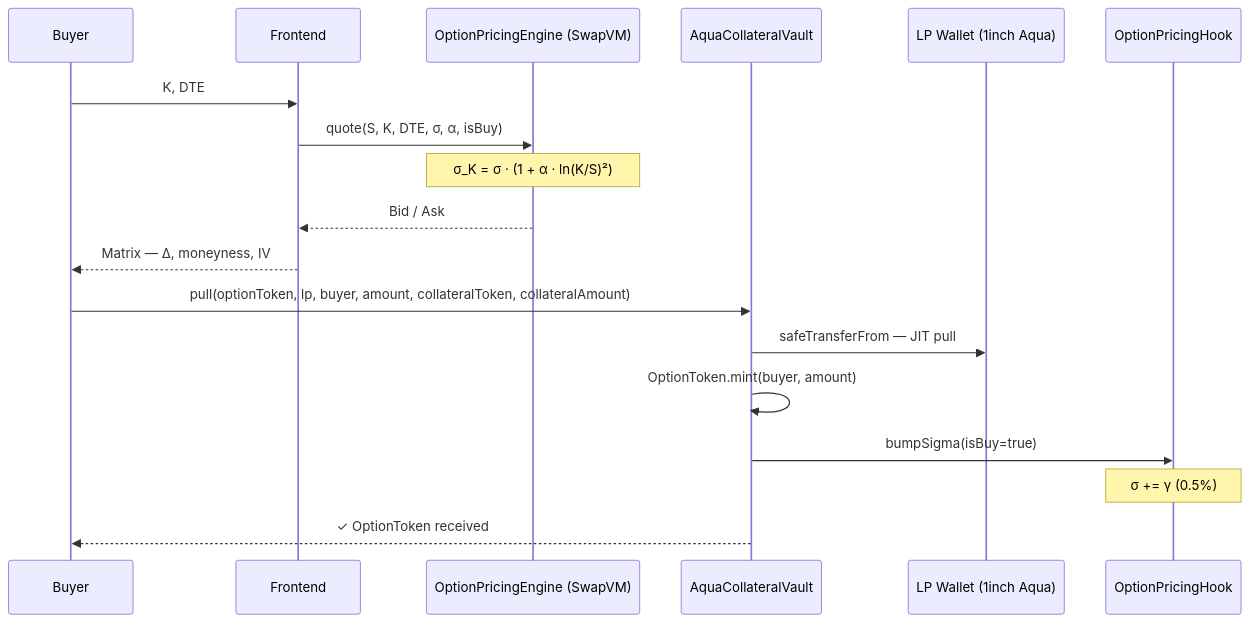
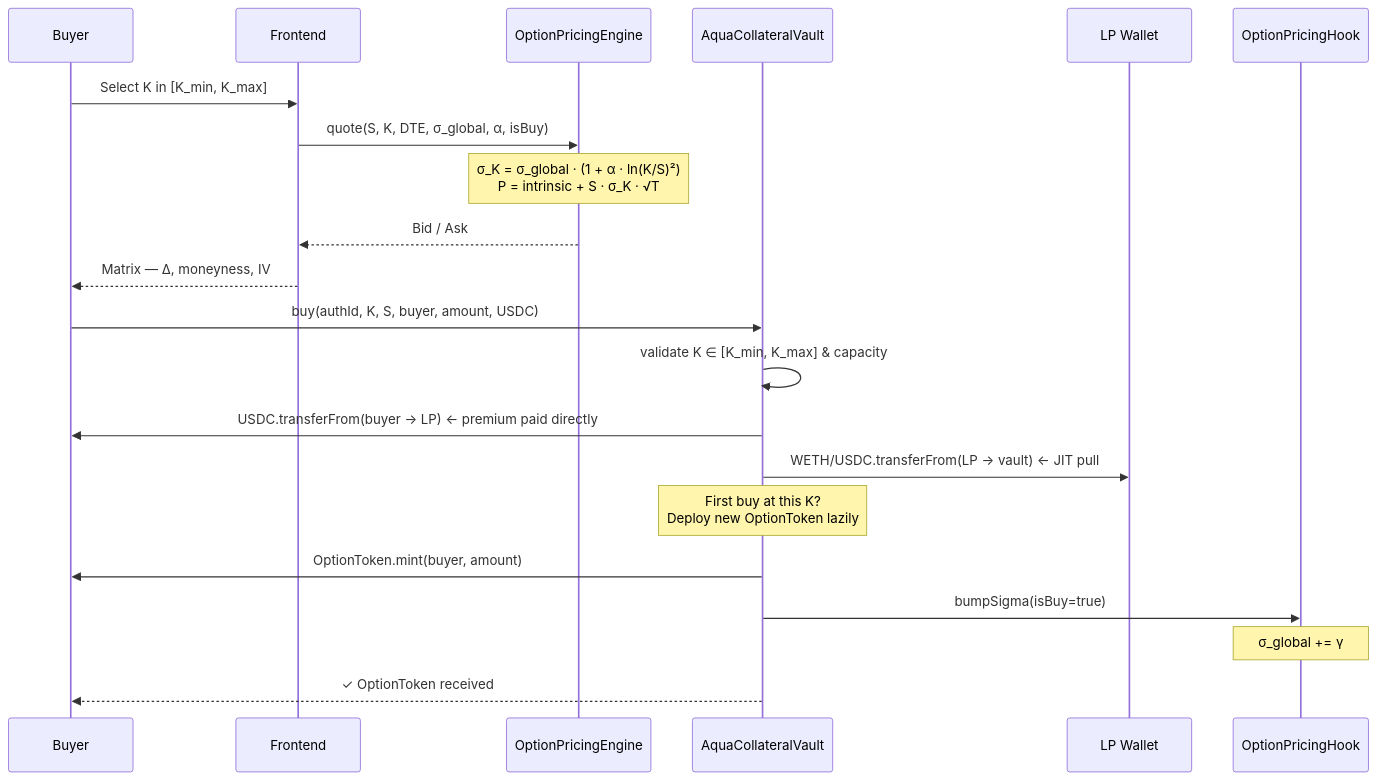
One commit to oslinin/Smile changed the second of 6 diagrams in README.md. Above: the diagram before and after it, drawn with Mermaid. The commit also changed other lines of this file and 8 other files, not shown here.

Commit message:
Add AuthorizeRange flow, expand vault + hook, update docs

````diff
--- a/README.md
+++ b/README.md
@@ -129,21 +117,24 @@
 ```mermaid
 sequenceDiagram
     participant Buyer
     participant Frontend
-    participant Engine as OptionPricingEngine (SwapVM)
+    participant Engine as OptionPricingEngine
     participant Vault as AquaCollateralVault
-    participant LP as LP Wallet (1inch Aqua)
+    participant LP as LP Wallet
     participant Hook as OptionPricingHook
 
-    Buyer->>Frontend: K, DTE
-    Frontend->>Engine: quote(S, K, DTE, σ, α, isBuy)
-    Note over Engine: σ_K = σ · (1 + α · ln(K/S)²)
+    Buyer->>Frontend: Select K in [K_min, K_max]
+    Frontend->>Engine: quote(S, K, DTE, σ_global, α, isBuy)
+    Note over Engine: σ_K = σ_global · (1 + α · ln(K/S)²)<br/>P = intrinsic + S · σ_K · √T
     Engine-->>Frontend: Bid / Ask
     Frontend-->>Buyer: Matrix — Δ, moneyness, IV
-    Buyer->>Vault: pull(optionToken, lp, buyer, amount, collateralToken, collateralAmount)
-    Vault->>LP: safeTransferFrom — JIT pull
-    Vault->>Vault: OptionToken.mint(buyer, amount)
+    Buyer->>Vault: buy(authId, K, S, buyer, amount, USDC)
+    Vault->>Vault: validate K ∈ [K_min, K_max] & capacity
+    Vault->>Buyer: USDC.transferFrom(buyer → LP)  ← premium paid directly
+    Vault->>LP: WETH/USDC.transferFrom(LP → vault) ← JIT pull
+    Note over Vault: First buy at this K?<br/>Deploy new OptionToken lazily
+    Vault->>Buyer: OptionToken.mint(buyer, amount)
     Vault->>Hook: bumpSigma(isBuy=true)
-    Note over Hook: σ += γ (0.5%)
+    Note over Hook: σ_global += γ
     Vault-->>Buyer: ✓ OptionToken received
 ```
````
